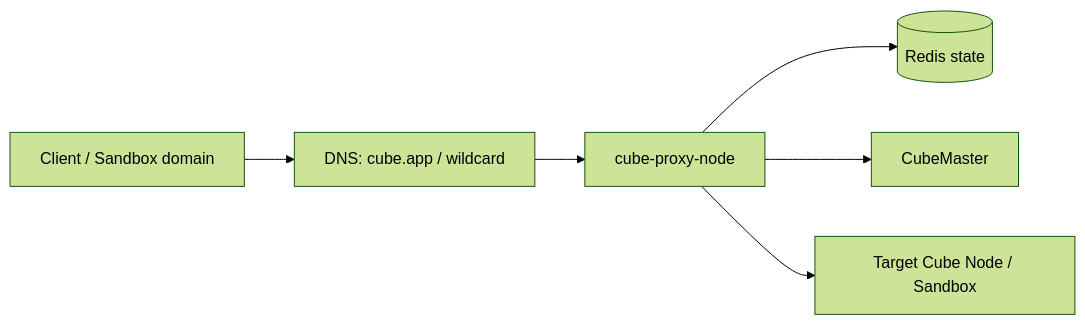
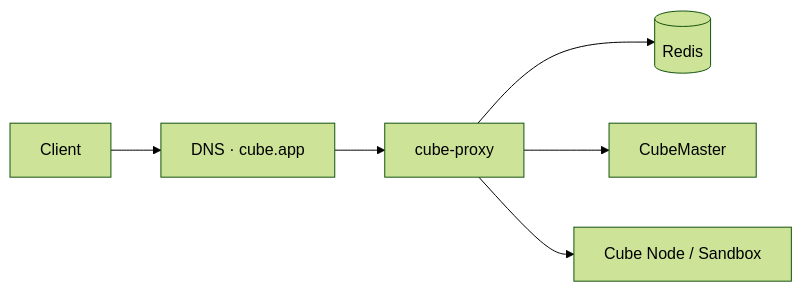
The seventh of 9 diagrams in deploy/kubernetes/chart/docs/ARCHITECTURE.md (TencentCloud/CubeSandbox), drawn with Mermaid (forest theme) before and after one commit. The commit also changed other lines of this file and 42 other files, not shown here.

First line of the commit message:
feat(kubernetes): split cube-node into bootstrap/installer/node DaemonSets, add per-component images

````diff
--- a/deploy/kubernetes/chart/docs/ARCHITECTURE.md
+++ b/deploy/kubernetes/chart/docs/ARCHITECTURE.md
@@ -313,8 +269,8 @@
 ```mermaid
 flowchart LR
-  CLIENT["Client / Sandbox domain"] --> DNS["DNS: cube.app / wildcard"]
-  DNS --> PROXY["cube-proxy-node"]
-  PROXY --> REDIS[("Redis state")]
+  CLIENT["Client"] --> DNS["DNS · cube.app"]
+  DNS --> PROXY["cube-proxy"]
+  PROXY --> REDIS[("Redis")]
   PROXY --> CM["CubeMaster"]
-  PROXY --> NODE["Target Cube Node / Sandbox"]
+  PROXY --> NODE["Cube Node / Sandbox"]
 ```
````
